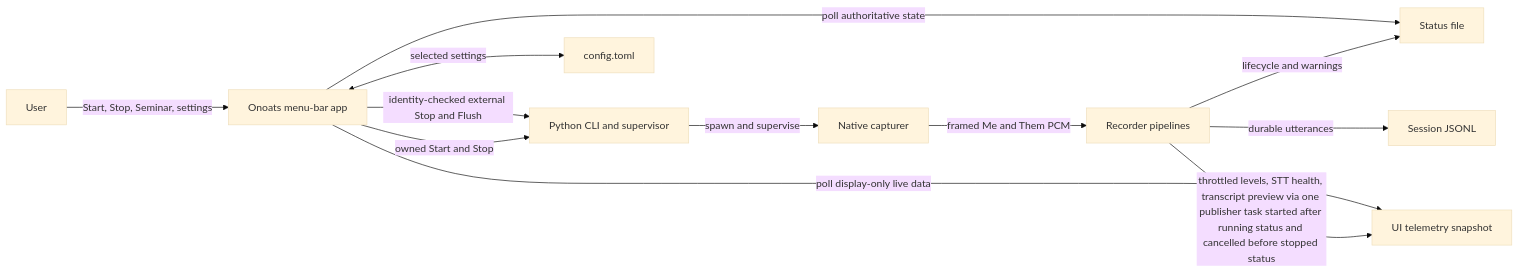
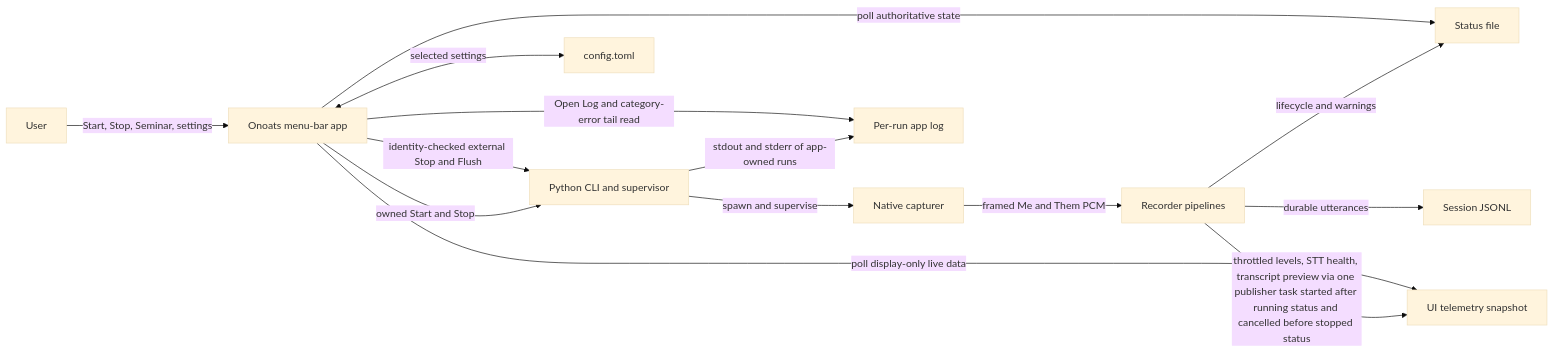
The first of 2 diagrams in docs/dev_plans/20261028-feature-menubar-control-panel.md (vr000m/onoats-bot), drawn with Mermaid (base theme) before and after one commit. The commit also changed other lines of this file, not shown here.

````diff
--- a/docs/dev_plans/20261028-feature-menubar-control-panel.md
+++ b/docs/dev_plans/20261028-feature-menubar-control-panel.md
@@ -314,14 +327,16 @@
 ```mermaid
 graph LR
     U["User"] -->|"Start, Stop, Seminar, settings"| M["Onoats menu-bar app"]
     M -->|"owned Start and Stop"| P["Python CLI and supervisor"]
     M -->|"identity-checked external Stop and Flush"| P
     M <-->|"selected settings"| C["config.toml"]
     P -->|"spawn and supervise"| N["Native capturer"]
     N -->|"framed Me and Them PCM"| R["Recorder pipelines"]
     R -->|"lifecycle and warnings"| S["Status file"]
     R -->|"throttled levels, STT health, transcript preview via one publisher task started after running status and cancelled before stopped status"| T["UI telemetry snapshot"]
     R -->|"durable utterances"| J["Session JSONL"]
     M -->|"poll authoritative state"| S
     M -->|"poll display-only live data"| T
+    P -->|"stdout and stderr of app-owned runs"| L["Per-run app log"]
+    M -->|"Open Log and category-error tail read"| L
 ```
````
